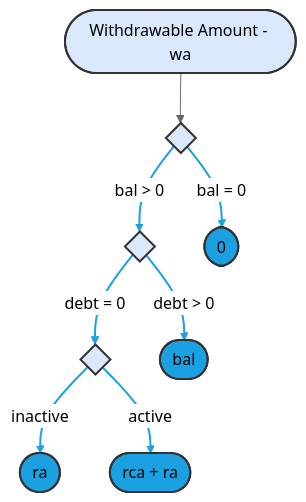
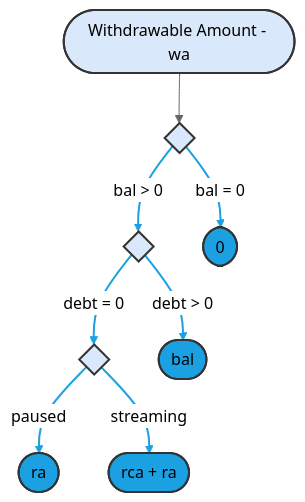
Before and after one commit to sablier-labs/flow: the sixth of 8 diagrams in diagrams.md, drawn with Mermaid (neutral theme). The commit also changed other lines of this file and 4 other files, not shown here.

````diff
--- a/diagrams.md
+++ b/diagrams.md
@@ -195,24 +194,24 @@
 ```mermaid
 flowchart TD
     di0{ }:::blue0
     di1{ }:::blue0
     di2{ }:::blue0
     wa([Withdrawable Amount - wa]):::blue0
     res_0([0 ]):::blue1
     res_bal([bal]):::blue1
     res_ra([ra]):::blue1
     res_sum([rca + ra]):::blue1
 
 
     wa --> di0
     di0 -- "bal = 0" --> res_0
     di0 -- "bal > 0" --> di1
     di1 -- "debt > 0" --> res_bal
     di1 -- "debt = 0" --> di2
-    di2 -- "inactive" --> res_ra
-    di2 -- "active" --> res_sum
+    di2 -- "paused" --> res_ra
+    di2 -- "streaming" --> res_sum
 
     classDef blue0 fill:#DAE8FC,stroke:#333,stroke-width:2px;
     classDef blue1 fill:#1BA1E2,stroke:#333,stroke-width:2px;
     linkStyle 1,2,3,4,5,6 stroke:#1BA1E2,stroke-width:2px
 ```
````
